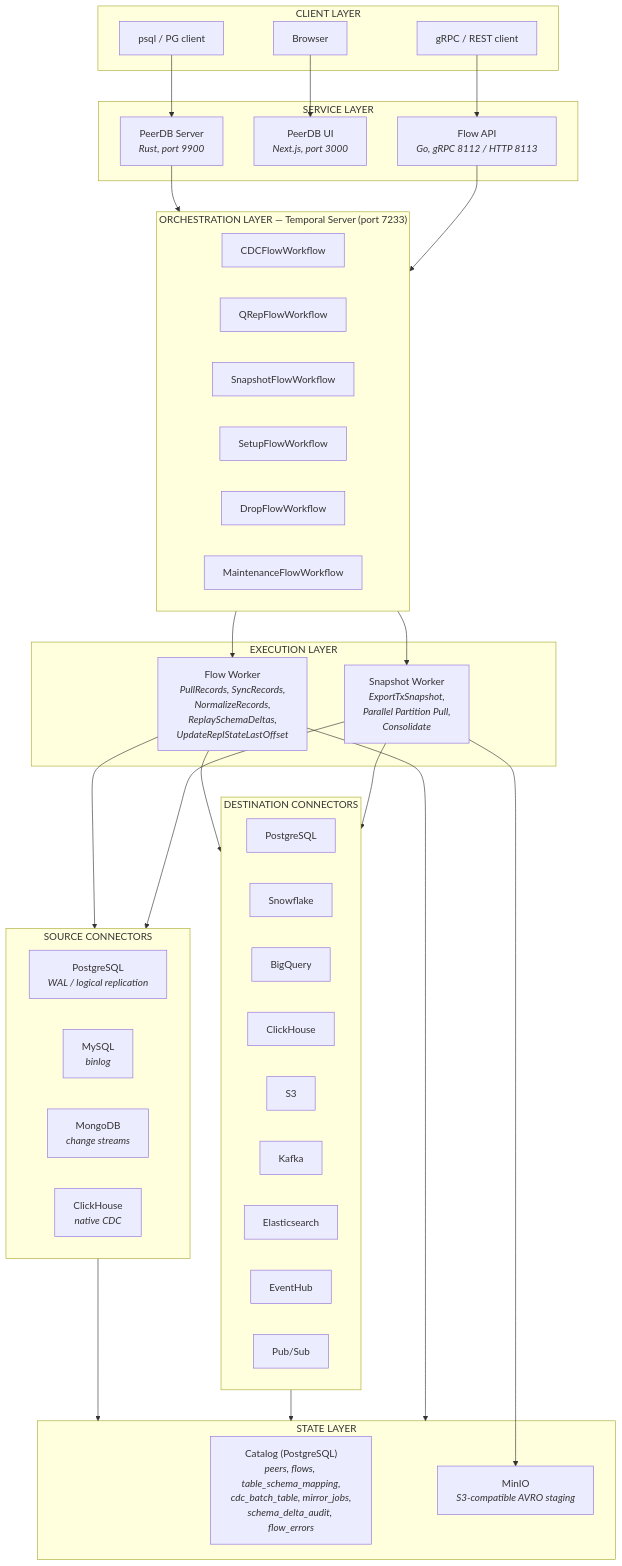
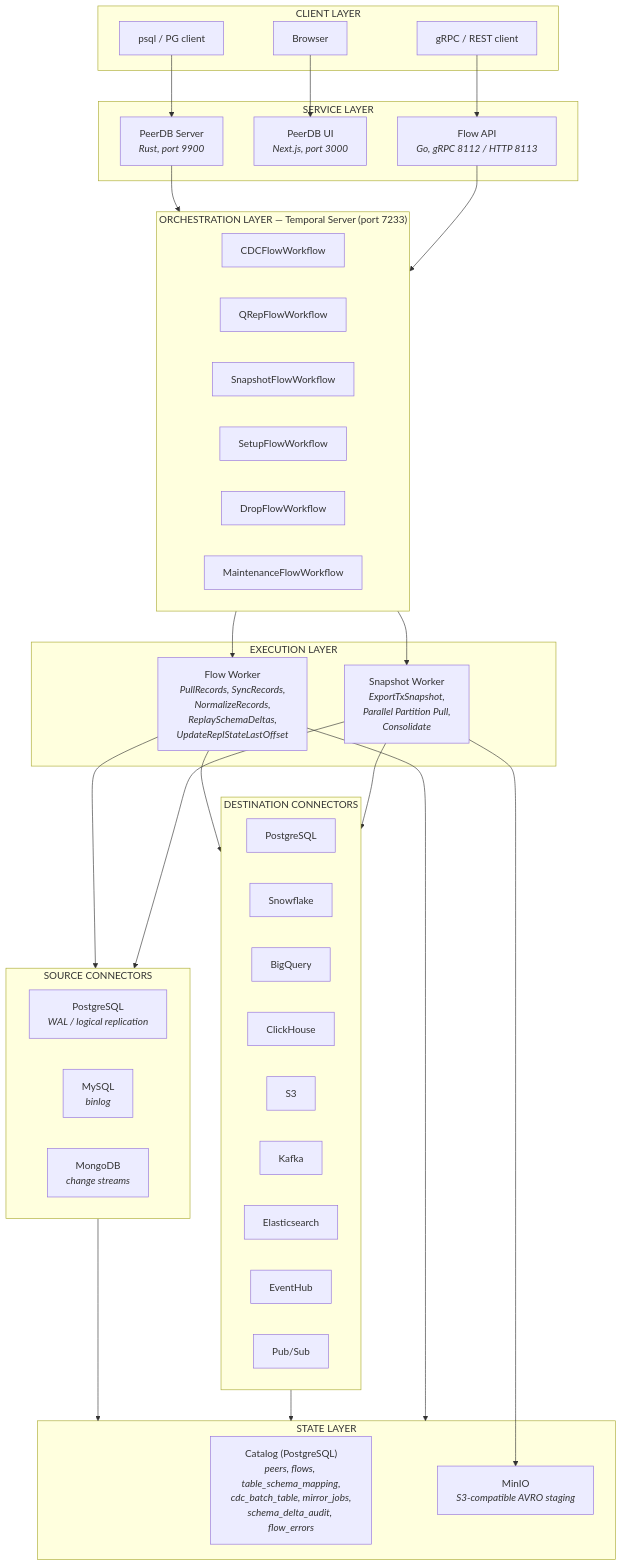
The first of 6 diagrams in docs/peerdb-architecture-rfc.md (PeerDB-io/peerdb), drawn with Mermaid before and after one commit. The commit also changed other lines of this file and 1 other file, not shown here.

````diff
--- a/docs/peerdb-architecture-rfc.md
+++ b/docs/peerdb-architecture-rfc.md
@@ -18,68 +18,67 @@
 ```mermaid
 graph TB
     subgraph CLIENT["CLIENT LAYER"]
         psql["psql / PG client"]
         browser["Browser"]
         grpc_client["gRPC / REST client"]
     end
 
     subgraph SERVICES["SERVICE LAYER"]
         nexus["PeerDB Server<br/><i>Rust, port 9900</i>"]
         ui["PeerDB UI<br/><i>Next.js, port 3000</i>"]
         api["Flow API<br/><i>Go, gRPC 8112 / HTTP 8113</i>"]
     end
 
     subgraph ORCHESTRATION["ORCHESTRATION LAYER — Temporal Server (port 7233)"]
         cdc_wf["CDCFlowWorkflow"]
         qrep_wf["QRepFlowWorkflow"]
         snapshot_wf["SnapshotFlowWorkflow"]
         setup_wf["SetupFlowWorkflow"]
         drop_wf["DropFlowWorkflow"]
         maint_wf["MaintenanceFlowWorkflow"]
     end
 
     subgraph EXECUTION["EXECUTION LAYER"]
         flow_worker["Flow Worker<br/><i>PullRecords, SyncRecords,<br/>NormalizeRecords,<br/>ReplaySchemaDeltas,<br/>UpdateReplStateLastOffset</i>"]
         snap_worker["Snapshot Worker<br/><i>ExportTxSnapshot,<br/>Parallel Partition Pull,<br/>Consolidate</i>"]
     end
 
     subgraph SOURCES["SOURCE CONNECTORS"]
         pg_src["PostgreSQL<br/><i>WAL / logical replication</i>"]
         mysql_src["MySQL<br/><i>binlog</i>"]
         mongo_src["MongoDB<br/><i>change streams</i>"]
-        ch_src["ClickHouse<br/><i>native CDC</i>"]
     end
 
     subgraph DESTINATIONS["DESTINATION CONNECTORS"]
         pg_dst["PostgreSQL"]
         sf["Snowflake"]
         bq["BigQuery"]
         ch_dst["ClickHouse"]
         s3["S3"]
         kafka["Kafka"]
         es["Elasticsearch"]
         eh["EventHub"]
         pubsub["Pub/Sub"]
     end
 
     subgraph STATE["STATE LAYER"]
         catalog["Catalog (PostgreSQL)<br/><i>peers, flows, table_schema_mapping,<br/>cdc_batch_table, mirror_jobs,<br/>schema_delta_audit, flow_errors</i>"]
         minio["MinIO<br/><i>S3-compatible AVRO staging</i>"]
     end
 
     psql --> nexus
     browser --> ui
     grpc_client --> api
     nexus --> ORCHESTRATION
     api --> ORCHESTRATION
     ORCHESTRATION --> flow_worker
     ORCHESTRATION --> snap_worker
     flow_worker --> SOURCES
     flow_worker --> DESTINATIONS
     snap_worker --> SOURCES
     snap_worker --> DESTINATIONS
     SOURCES --> STATE
     DESTINATIONS --> STATE
     flow_worker --> STATE
     snap_worker --> minio
 ```
````
